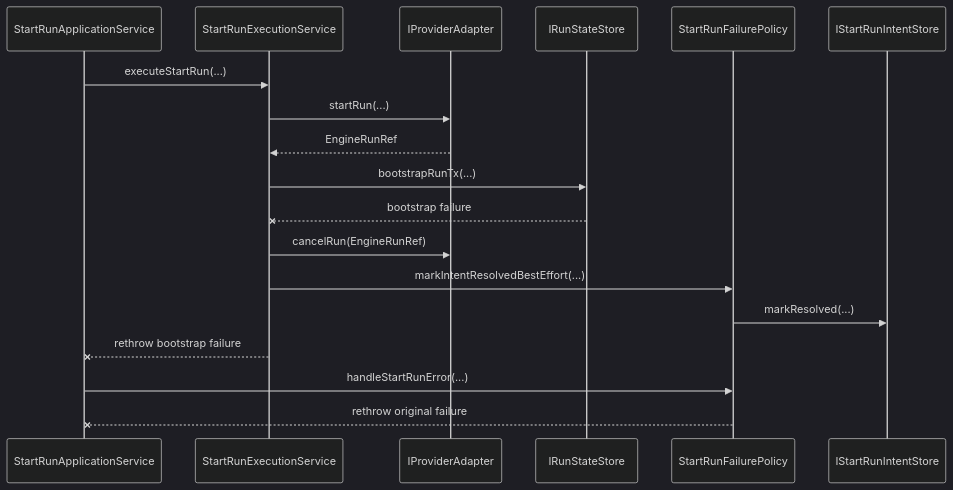
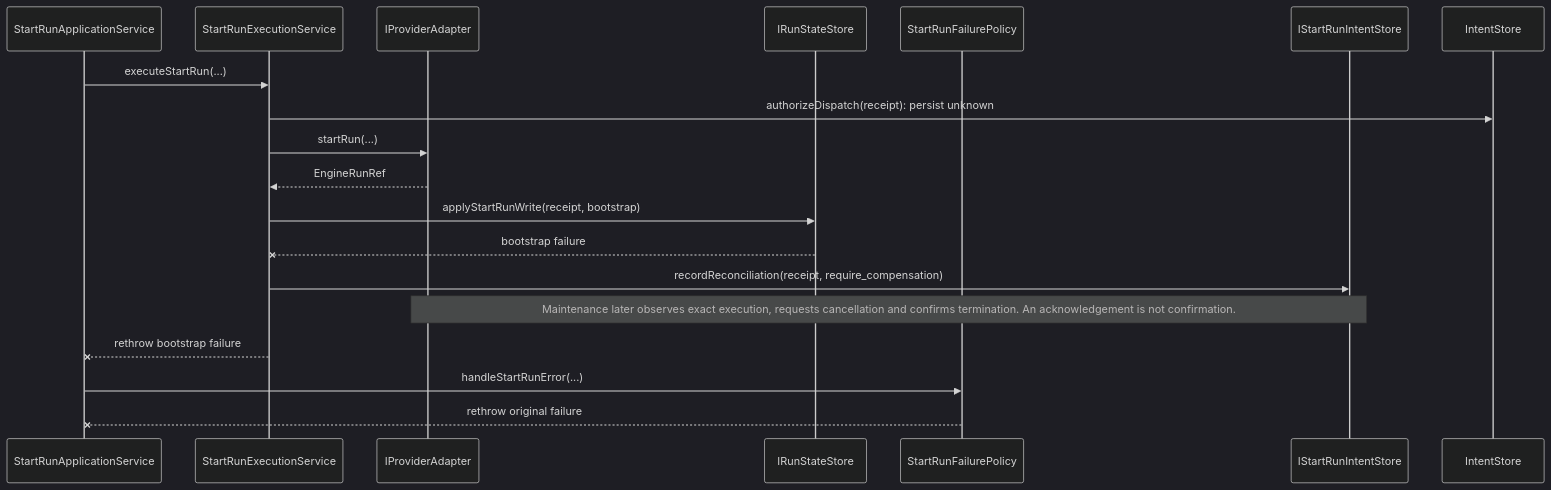
One commit to dunay2/dvt changed the third of 4 diagrams in docs/architecture/components/engine/architecture/start-run-application-decomposition-diagrams.md. Above: the diagram before and after it, drawn with Mermaid (dark theme). The commit also changed other lines of this file and 106 other files, not shown here.

Commit message:
fix(engine): Fence start ownership and reconcile unknown outcomes without redispatch (#3506)

````diff
--- a/docs/architecture/components/engine/architecture/start-run-application-decomposition-diagrams.md
+++ b/docs/architecture/components/engine/architecture/start-run-application-decomposition-diagrams.md
@@ -81,21 +88,21 @@
 ```mermaid
 sequenceDiagram
   participant App as StartRunApplicationService
   participant Execution as StartRunExecutionService
   participant Provider as IProviderAdapter
   participant Store as IRunStateStore
   participant Failure as StartRunFailurePolicy
   participant Intent as IStartRunIntentStore
 
   App->>Execution: executeStartRun(...)
+  Execution->>IntentStore: authorizeDispatch(receipt): persist unknown
   Execution->>Provider: startRun(...)
   Provider-->>Execution: EngineRunRef
-  Execution->>Store: bootstrapRunTx(...)
+  Execution->>Store: applyStartRunWrite(receipt, bootstrap)
   Store--xExecution: bootstrap failure
-  Execution->>Provider: cancelRun(EngineRunRef)
-  Execution->>Failure: markIntentResolvedBestEffort(...)
-  Failure->>Intent: markResolved(...)
+  Execution->>Intent: recordReconciliation(receipt, require_compensation)
+  Note over Provider,Intent: Maintenance later observes exact execution, requests cancellation and confirms termination. An acknowledgement is not confirmation.
   Execution--xApp: rethrow bootstrap failure
   App->>Failure: handleStartRunError(...)
   Failure--xApp: rethrow original failure
 ```
````
